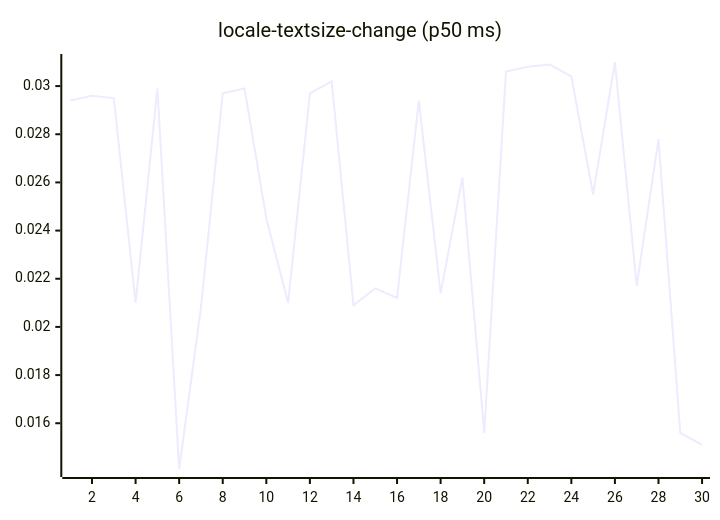
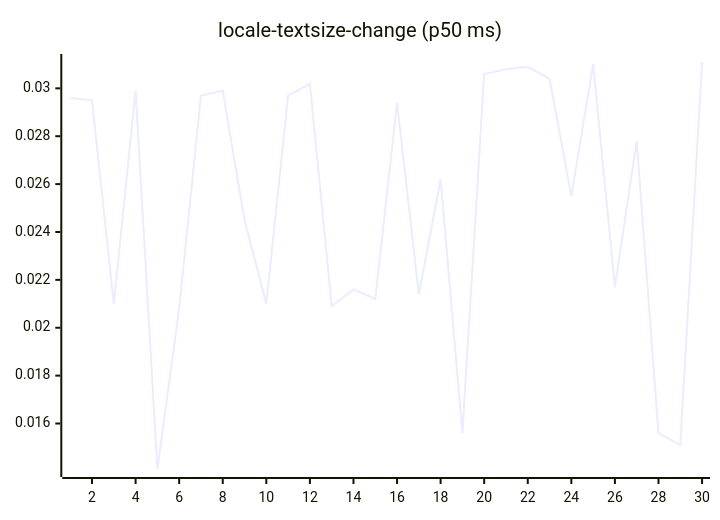
Diagram 13 of 27 in README.md (josha/Facet), drawn with Mermaid before and after one commit. The commit also changed other lines of this file and 2 other files, not shown here.

````diff
--- a/README.md
+++ b/README.md
@@ -147,6 +147,6 @@
 ```mermaid
 xychart-beta
     title "locale-textsize-change (p50 ms)"
     x-axis 1 --> 30
-    line [0.0294, 0.0296, 0.0295, 0.0210, 0.0299, 0.0141, 0.0208, 0.0297, 0.0299, 0.0245, 0.0210, 0.0297, 0.0302, 0.0209, 0.0216, 0.0212, 0.0294, 0.0214, 0.0262, 0.0156, 0.0306, 0.0308, 0.0309, 0.0304, 0.0255, 0.0310, 0.0217, 0.0278, 0.0156, 0.0151]
+    line [0.0296, 0.0295, 0.0210, 0.0299, 0.0141, 0.0208, 0.0297, 0.0299, 0.0245, 0.0210, 0.0297, 0.0302, 0.0209, 0.0216, 0.0212, 0.0294, 0.0214, 0.0262, 0.0156, 0.0306, 0.0308, 0.0309, 0.0304, 0.0255, 0.0310, 0.0217, 0.0278, 0.0156, 0.0151, 0.0311]
 ```
````
